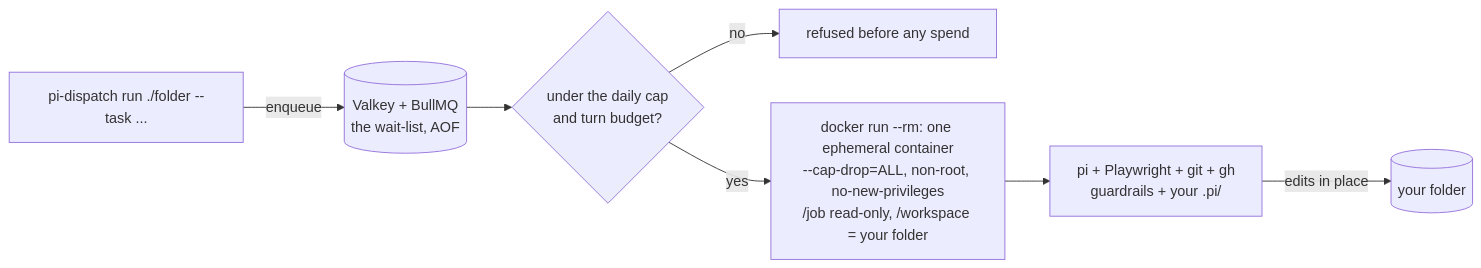
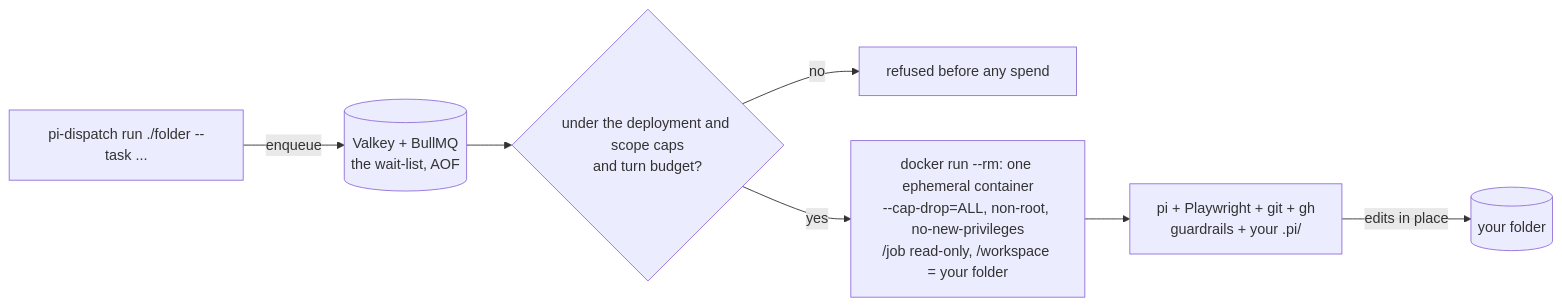
Before and after one commit to edgehero/pi-dispatch: the first of 2 diagrams in README.md, drawn with Mermaid. The commit also changed other lines of this file and 8 other files, not shown here.

````diff
--- a/README.md
+++ b/README.md
@@ -403,9 +421,9 @@
 ```mermaid
 flowchart LR
   CLI["pi-dispatch run ./folder --task ..."] -->|enqueue| Q[("Valkey + BullMQ<br/>the wait-list, AOF")]
-  Q --> B{"under the daily cap<br/>and turn budget?"}
+  Q --> B{"under the deployment and scope caps<br/>and turn budget?"}
   B -->|no| STOP["refused before any spend"]
   B -->|yes| C["docker run --rm: one ephemeral container<br/>--cap-drop=ALL, non-root, no-new-privileges<br/>/job read-only, /workspace = your folder"]
   C --> PI["pi + Playwright + git + gh<br/>guardrails + your .pi/"]
   PI -->|"edits in place"| F[("your folder")]
 ```
````
